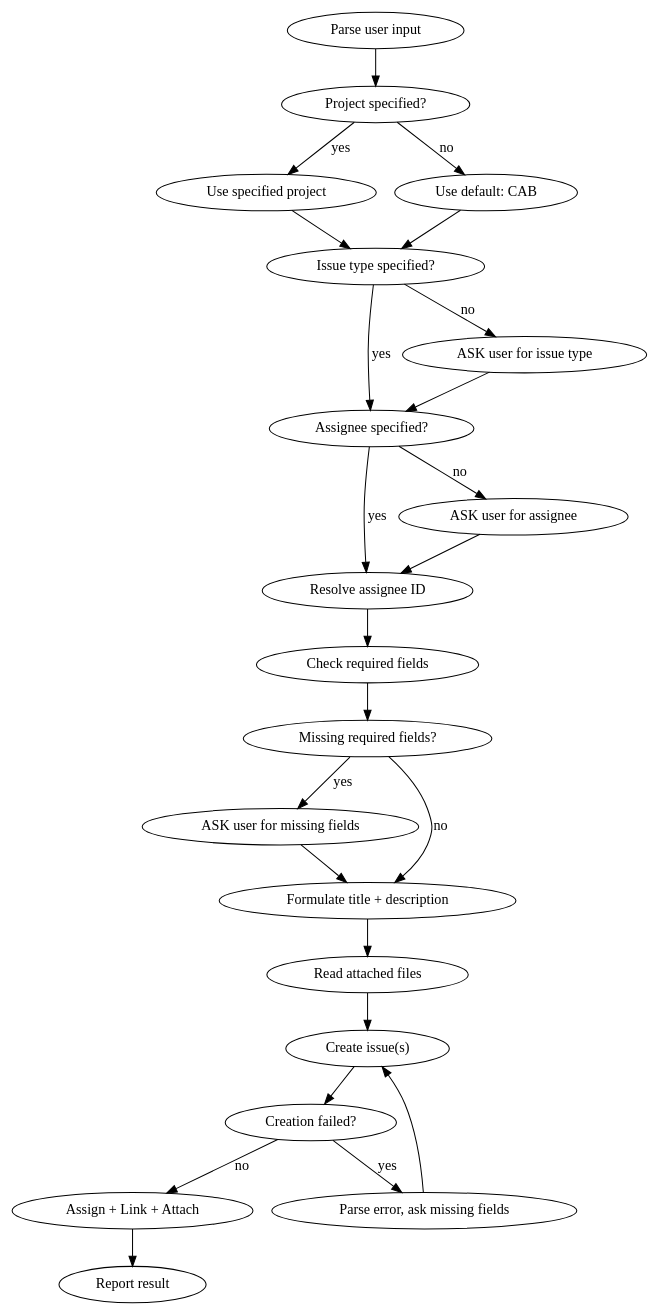
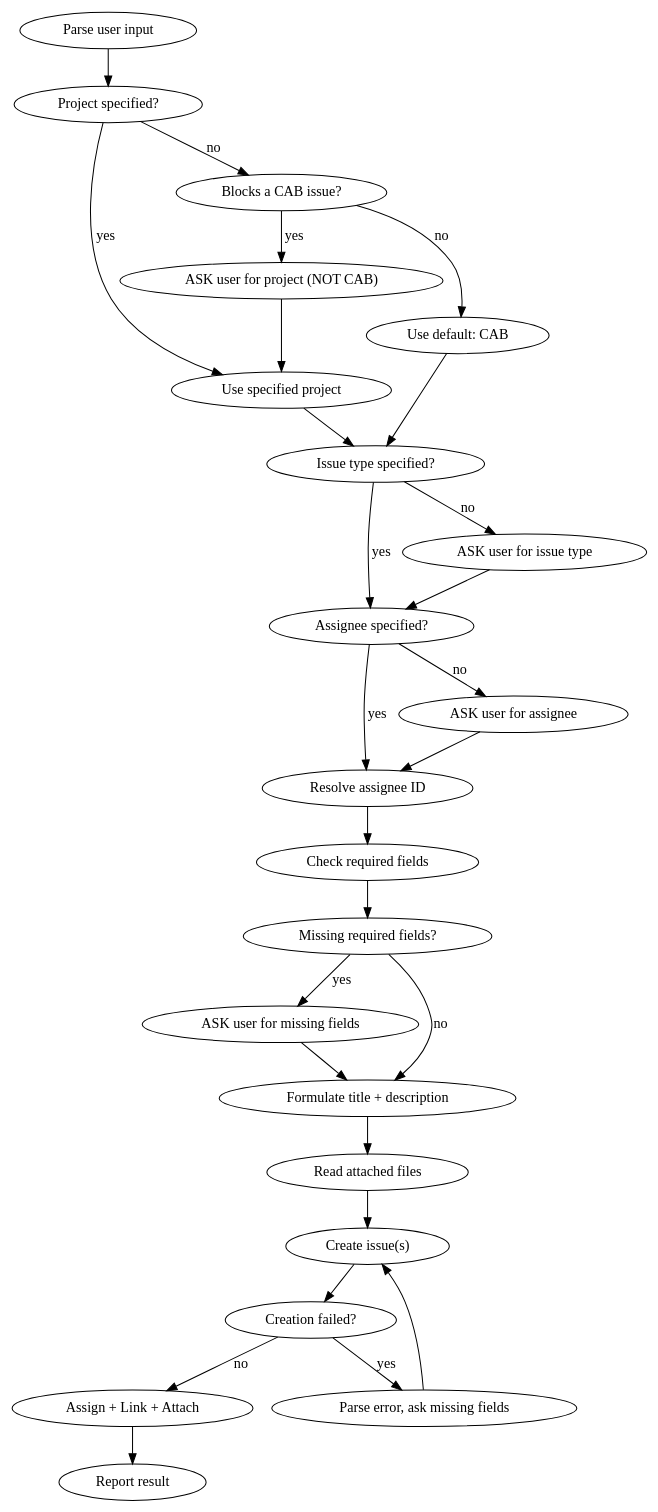
The diagram in jira-create-task/SKILL.md (gihar/g-skills), drawn with Graphviz before and after one commit. The commit also changed other lines of this file, not shown here.

Commit message:
feat: parallel bootstrap, email-based assignee, and multi-issue support in jira-create-task

````diff
--- a/jira-create-task/SKILL.md
+++ b/jira-create-task/SKILL.md
@@ -17,28 +17,31 @@
 ```dot
 digraph jira_create {
   rankdir=TB;
   "Parse user input" -> "Project specified?";
   "Project specified?" -> "Use specified project" [label="yes"];
-  "Project specified?" -> "Use default: CAB" [label="no"];
+  "Project specified?" -> "Blocks a CAB issue?" [label="no"];
+  "Blocks a CAB issue?" -> "ASK user for project (NOT CAB)" [label="yes"];
+  "Blocks a CAB issue?" -> "Use default: CAB" [label="no"];
+  "ASK user for project (NOT CAB)" -> "Use specified project";
   "Use specified project" -> "Issue type specified?";
   "Use default: CAB" -> "Issue type specified?";
   "Issue type specified?" -> "Assignee specified?" [label="yes"];
   "Issue type specified?" -> "ASK user for issue type" [label="no"];
   "ASK user for issue type" -> "Assignee specified?";
   "Assignee specified?" -> "Resolve assignee ID" [label="yes"];
   "Assignee specified?" -> "ASK user for assignee" [label="no"];
   "ASK user for assignee" -> "Resolve assignee ID";
   "Resolve assignee ID" -> "Check required fields";
   "Check required fields" -> "Missing required fields?";
   "Missing required fields?" -> "ASK user for missing fields" [label="yes"];
   "Missing required fields?" -> "Formulate title + description" [label="no"];
   "ASK user for missing fields" -> "Formulate title + description";
   "Formulate title + description" -> "Read attached files";
   "Read attached files" -> "Create issue(s)";
   "Create issue(s)" -> "Creation failed?";
   "Creation failed?" -> "Parse error, ask missing fields" [label="yes"];
   "Parse error, ask missing fields" -> "Create issue(s)";
   "Creation failed?" -> "Assign + Link + Attach" [label="no"];
   "Assign + Link + Attach" -> "Report result";
 }
 ```
````
